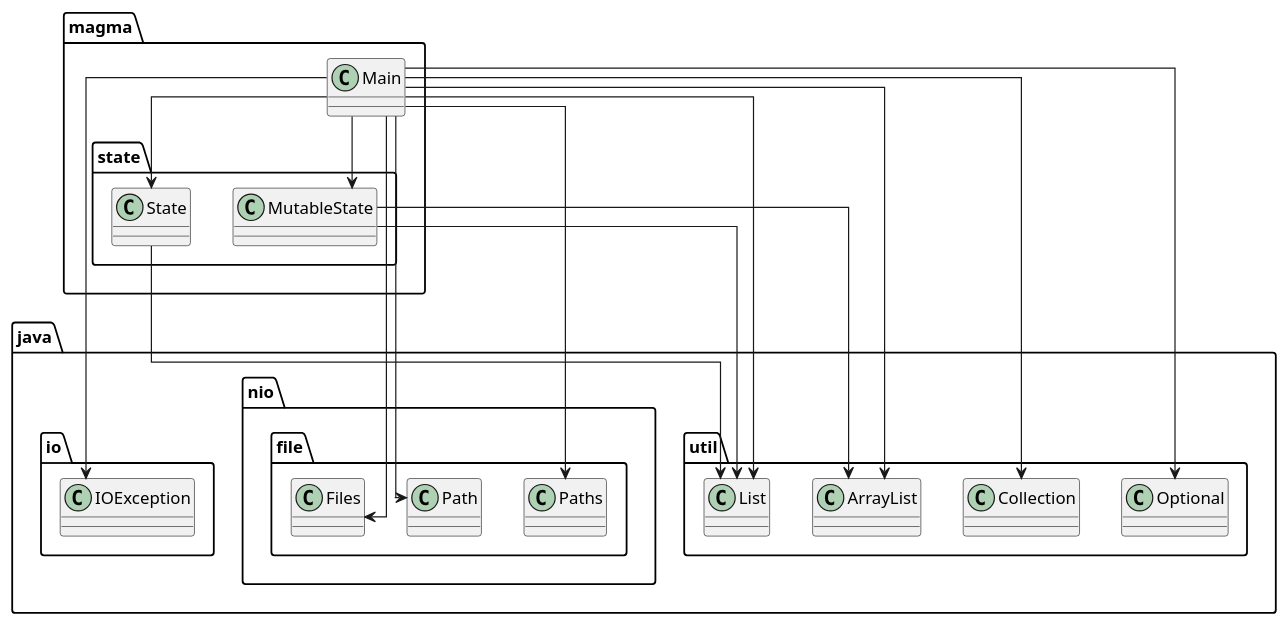
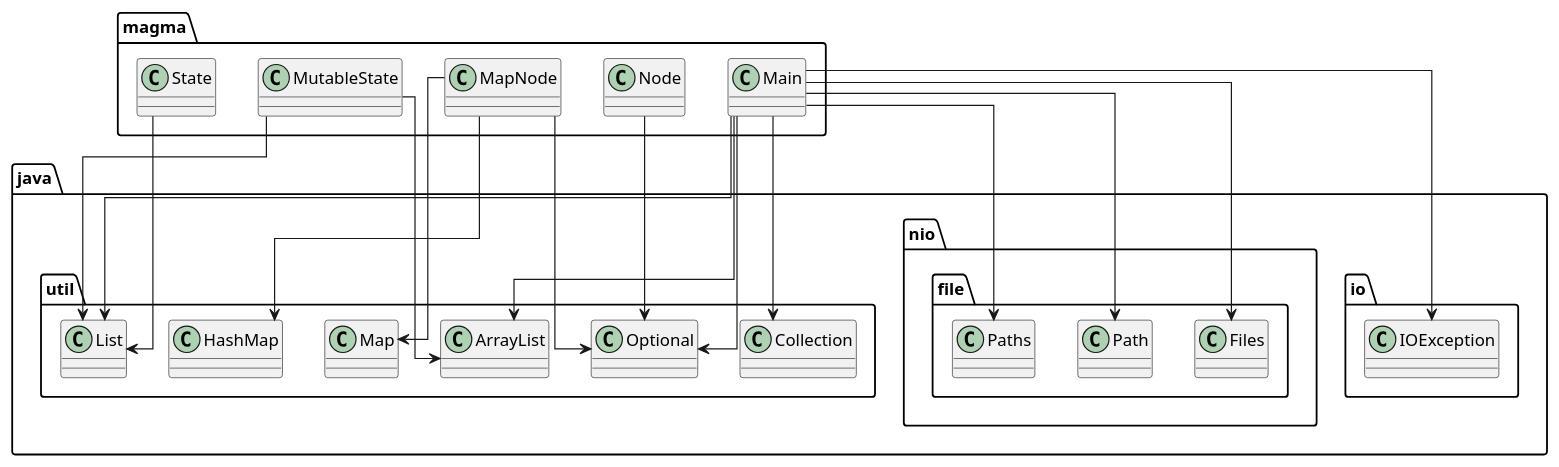
The diagram in diagram.puml (SirMathhman/Magma), drawn with PlantUML before and after one commit. The commit also changed 5 other files, not shown here.

```diff
--- a/diagram.puml
+++ b/diagram.puml
@@ -1,19 +1,23 @@
 @startuml
 skinparam linetype ortho
 class magma.Main
-magma.Main --> magma.state.MutableState
-magma.Main --> magma.state.State
 magma.Main --> java.io.IOException
 magma.Main --> java.nio.file.Files
 magma.Main --> java.nio.file.Path
 magma.Main --> java.nio.file.Paths
 magma.Main --> java.util.ArrayList
 magma.Main --> java.util.Collection
 magma.Main --> java.util.List
 magma.Main --> java.util.Optional
-class magma.state.MutableState
-magma.state.MutableState --> java.util.ArrayList
-magma.state.MutableState --> java.util.List
-class magma.state.State
-magma.state.State --> java.util.List
+class magma.MapNode
+magma.MapNode --> java.util.HashMap
+magma.MapNode --> java.util.Map
+magma.MapNode --> java.util.Optional
+class magma.MutableState
+magma.MutableState --> java.util.ArrayList
+magma.MutableState --> java.util.List
+class magma.Node
+magma.Node --> java.util.Optional
+class magma.State
+magma.State --> java.util.List
 @enduml
```
